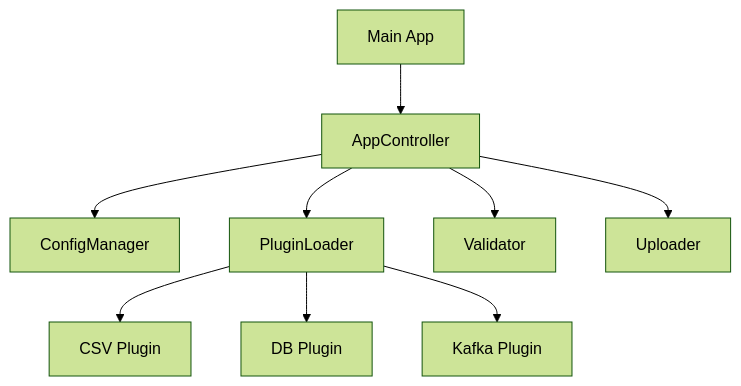
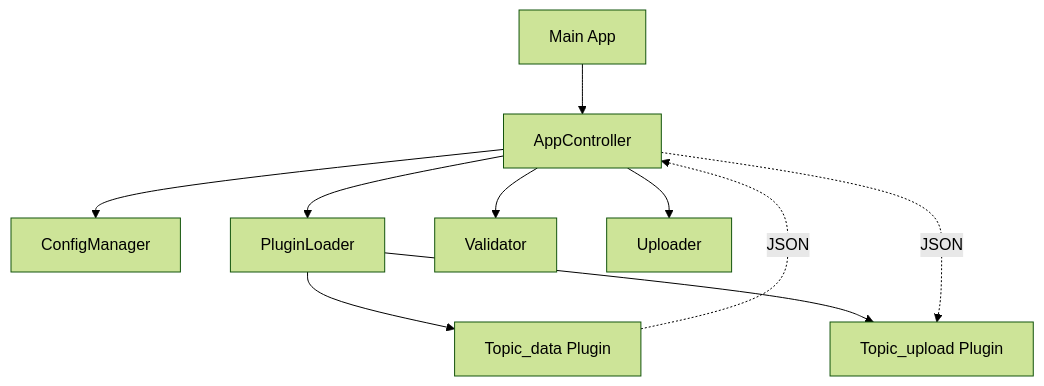
Before and after one commit to Zheng-Bote/c-gui: the diagram in README.md, drawn with Mermaid (forest theme). The commit also changed other lines of this file and 1 other file, not shown here.

Commit message:
mvp_0_proto

````diff
--- a/README.md
+++ b/README.md
@@ -63,11 +66,12 @@
 ```mermaid
 graph TD
     A[Main App] --> B[AppController]
     B --> C[ConfigManager]
     B --> D[PluginLoader]
     B --> E[Validator]
     B --> F[Uploader]
-    D --> G[CSV Plugin]
-    D --> H[DB Plugin]
-    D --> I[Kafka Plugin]
+    D --> G[Topic_data Plugin]
+    D --> H[Topic_upload Plugin]
+    G -.->|JSON| B
+    B -.->|JSON| H
 ```
````
